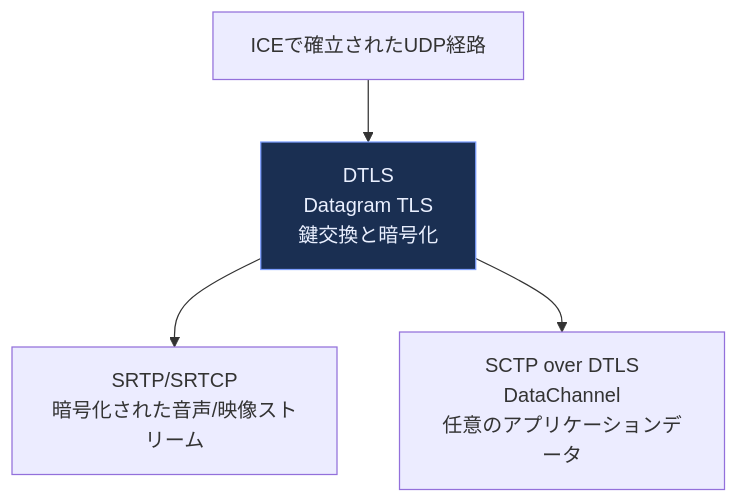
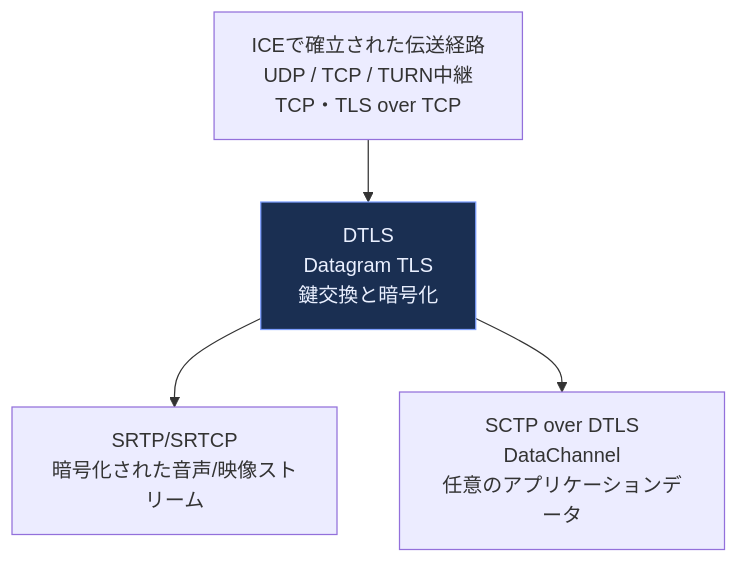
Diagram 26 of 33 in High-performance-browser-networking.md (myoshi2891/Cloud-Infrastructure-Studies), drawn with Mermaid before and after one commit.

Commit message:
docs(book): refine WebRTC transmission path in High Performance Browser Networking guide

````diff
--- a/High-performance-browser-networking.md
+++ b/High-performance-browser-networking.md
@@ -933,9 +933,9 @@
 ```mermaid
 flowchart TB
-    ICE[ICEで確立されたUDP経路] --> DTLS[DTLS<br/>Datagram TLS<br/>鍵交換と暗号化]
+    ICE[ICEで確立された伝送経路<br/>UDP / TCP / TURN中継<br/>TCP・TLS over TCP] --> DTLS[DTLS<br/>Datagram TLS<br/>鍵交換と暗号化]
     DTLS --> SRTP[SRTP/SRTCP<br/>暗号化された音声/映像ストリーム]
     DTLS --> SCTP[SCTP over DTLS<br/>DataChannel<br/>任意のアプリケーションデータ]
 
     classDef highlightFill fill:#1a2f52,stroke:#7c9eff,color:#eaf0ff
     class DTLS highlightFill
 ```
````
